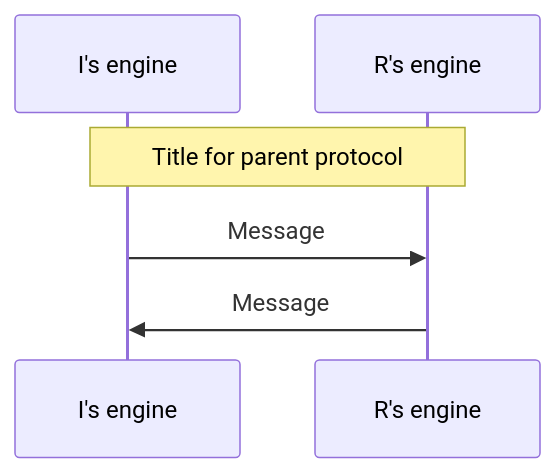
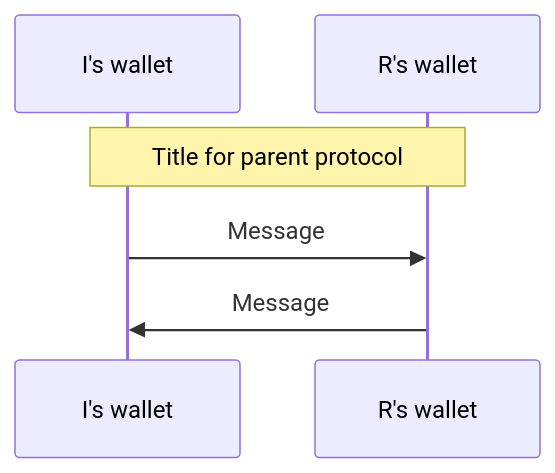
The second of 2 diagrams in packages/wallet/notes/protocol-conventions.md (statechannels/statechannels), drawn with Mermaid before and after one commit. The commit also changed other lines of this file and 124 other files, not shown here.

Commit message:
chore: rename all instances of engine to wallet

````diff
--- a/packages/wallet/notes/protocol-conventions.md
+++ b/packages/wallet/notes/protocol-conventions.md
@@ -64,8 +64,8 @@
 ```mermaid
 sequenceDiagram
-  participant I as I's engine
-  participant R as R's engine
+  participant I as I's wallet
+  participant R as R's wallet
   Note  over I, R: Title for parent protocol
   I->>R: Message
   R->>I: Message
 ```
````
